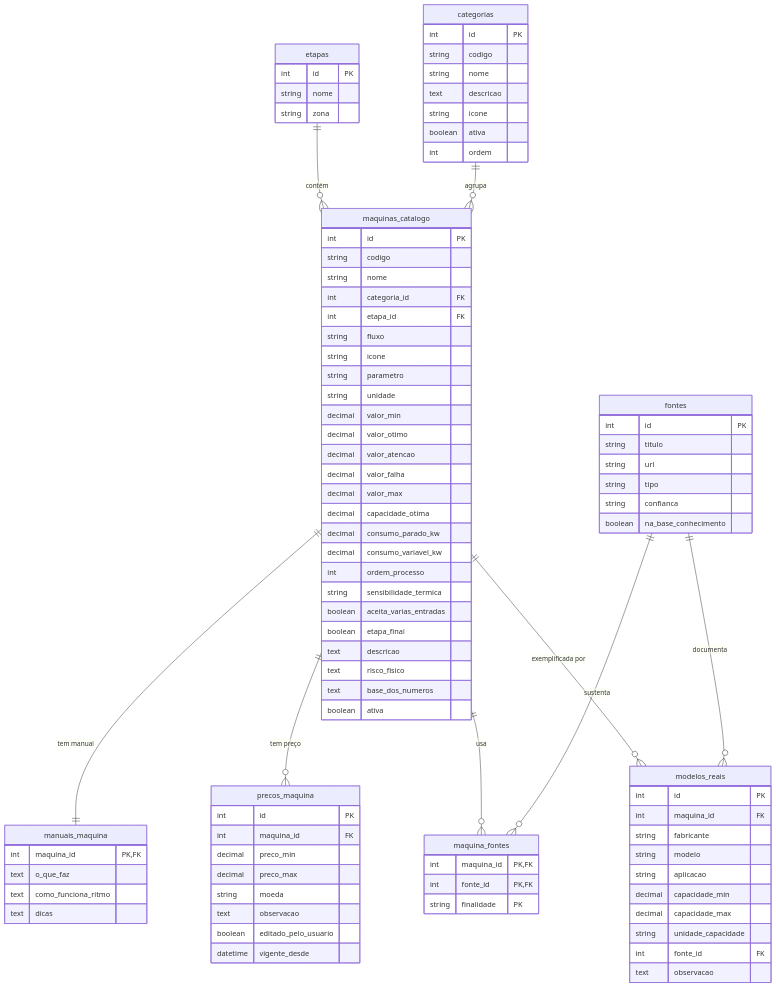
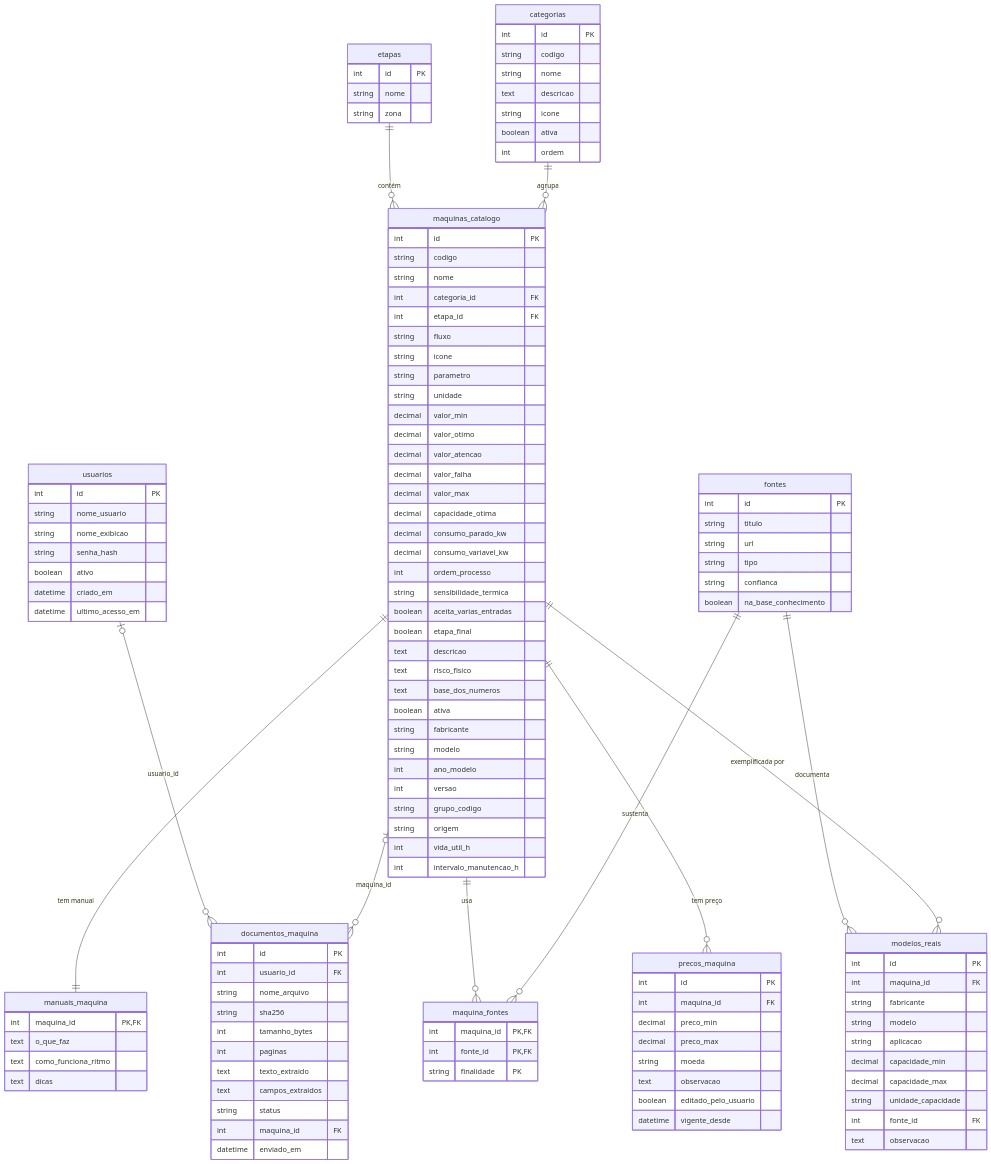
One commit to VictorRafaelDias/digital-twin-industrial changed the diagram in banco-de-dados/der/der_modulo_2.mmd. Above: the diagram before and after it, drawn with Mermaid. The commit also changed 20 other files, not shown here.

```diff
--- a/banco-de-dados/der/der_modulo_2.mmd
+++ b/banco-de-dados/der/der_modulo_2.mmd
@@ -1,91 +1,123 @@
 erDiagram
     categorias {
         int id PK
         string codigo
         string nome
         text descricao
         string icone
         boolean ativa
         int ordem
     }
     etapas {
         int id PK
         string nome
         string zona
     }
     maquinas_catalogo {
         int id PK
         string codigo
         string nome
         int categoria_id FK
         int etapa_id FK
         string fluxo
         string icone
         string parametro
         string unidade
         decimal valor_min
         decimal valor_otimo
         decimal valor_atencao
         decimal valor_falha
         decimal valor_max
         decimal capacidade_otima
         decimal consumo_parado_kw
         decimal consumo_variavel_kw
         int ordem_processo
         string sensibilidade_termica
         boolean aceita_varias_entradas
         boolean etapa_final
         text descricao
         text risco_fisico
         text base_dos_numeros
         boolean ativa
+        string fabricante
+        string modelo
+        int ano_modelo
+        int versao
+        string grupo_codigo
+        string origem
+        int vida_util_h
+        int intervalo_manutencao_h
     }
     manuais_maquina {
         int maquina_id PK,FK
         text o_que_faz
         text como_funciona_ritmo
         text dicas
+    }
+    documentos_maquina {
+        int id PK
+        int usuario_id FK
+        string nome_arquivo
+        string sha256
+        int tamanho_bytes
+        int paginas
+        text texto_extraido
+        text campos_extraidos
+        string status
+        int maquina_id FK
+        datetime enviado_em
     }
     fontes {
         int id PK
         string titulo
         string url
         string tipo
         string confianca
         boolean na_base_conhecimento
     }
     maquina_fontes {
         int maquina_id PK,FK
         int fonte_id PK,FK
         string finalidade PK
     }
     precos_maquina {
         int id PK
         int maquina_id FK
         decimal preco_min
         decimal preco_max
         string moeda
         text observacao
         boolean editado_pelo_usuario
         datetime vigente_desde
     }
     modelos_reais {
         int id PK
         int maquina_id FK
         string fabricante
         string modelo
         string aplicacao
         decimal capacidade_min
         decimal capacidade_max
         string unidade_capacidade
         int fonte_id FK
         text observacao
     }
+    usuarios {
+        int id PK
+        string nome_usuario
+        string nome_exibicao
+        string senha_hash
+        boolean ativo
+        datetime criado_em
+        datetime ultimo_acesso_em
+    }
+    etapas ||--o{ maquinas_catalogo : "contém"
     categorias ||--o{ maquinas_catalogo : "agrupa"
-    etapas ||--o{ maquinas_catalogo : "contém"
     maquinas_catalogo ||--|| manuais_maquina : "tem manual"
+    usuarios |o--o{ documentos_maquina : "usuario_id"
+    maquinas_catalogo |o--o{ documentos_maquina : "maquina_id"
+    maquinas_catalogo ||--o{ maquina_fontes : "usa"
     fontes ||--o{ maquina_fontes : "sustenta"
-    maquinas_catalogo ||--o{ maquina_fontes : "usa"
     maquinas_catalogo ||--o{ precos_maquina : "tem preço"
     fontes ||--o{ modelos_reais : "documenta"
     maquinas_catalogo ||--o{ modelos_reais : "exemplificada por"
```
